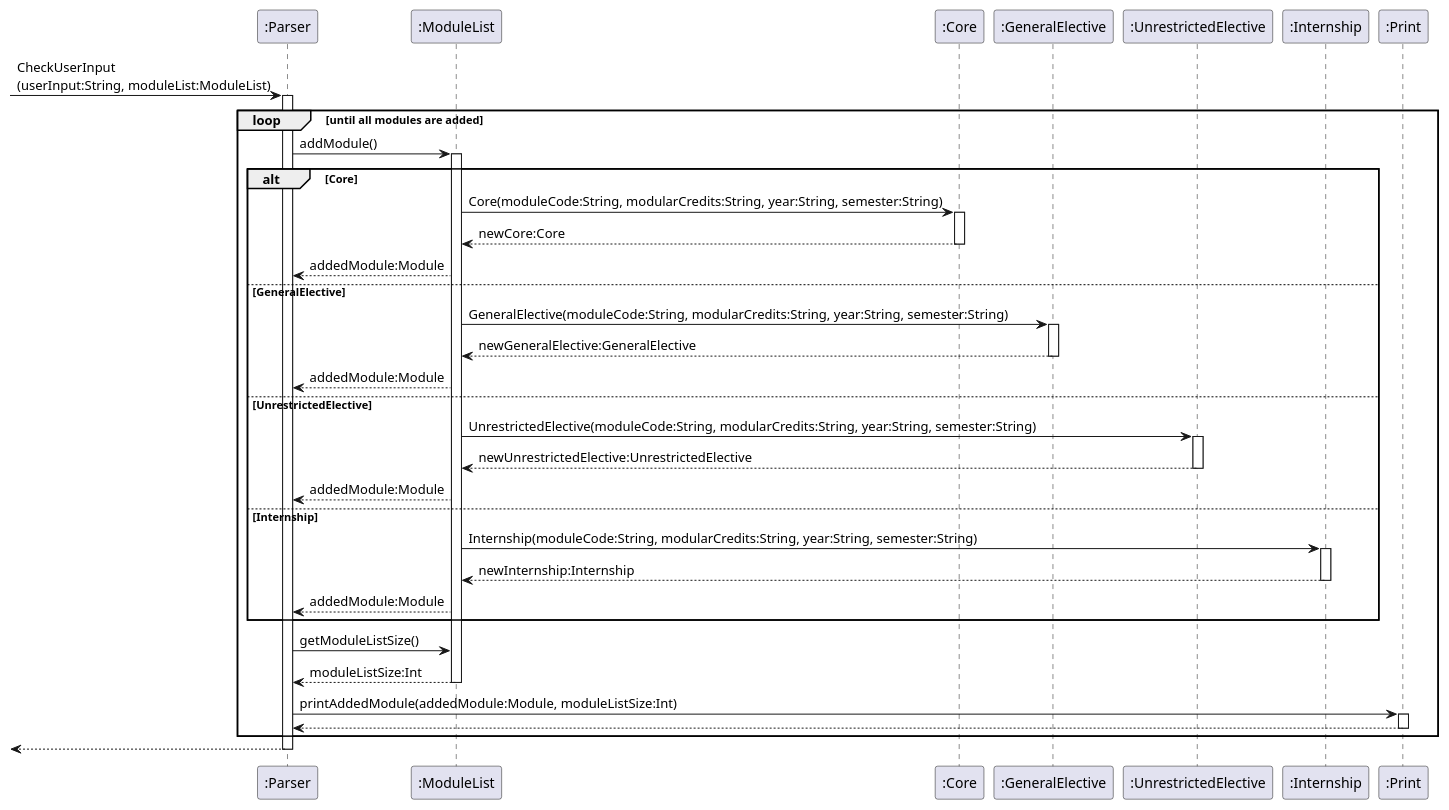
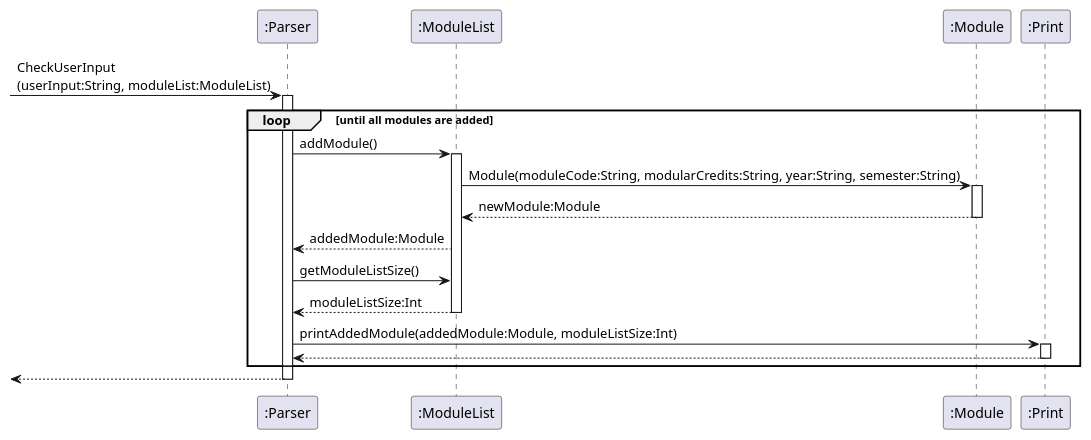
The diagram in docs/diagrams/AddInputCommand.puml (saintzaw/tp), drawn with PlantUML before and after one commit. The commit also changed 8 other files, not shown here.

Commit message:
Updated DG diagram as per Vish's comments for add command. Included more javadocs and junit testing.

```diff
--- a/docs/diagrams/AddInputCommand.puml
+++ b/docs/diagrams/AddInputCommand.puml
@@ -1,54 +1,32 @@
 @startuml
 'https://plantuml.com/sequence-diagram
 
 participant ":Parser" as Parser
 participant ":ModuleList" as ML
-participant ":Core" as Core
-participant ":GeneralElective" as GE
-participant ":UnrestrictedElective" as UE
-participant ":Internship" as Internship
+participant ":Module" as Module
 participant ":Print" as Print
 [->Parser : CheckUserInput\n(userInput:String, moduleList:ModuleList)
 activate Parser
 
 
 loop until all modules are added
     Parser->ML: addModule()
     activate ML
-    alt Core
-        ML->Core: Core(moduleCode:String, modularCredits:String, year:String, semester:String)
-        activate Core
-        Core-->ML: newCore:Core
-        deactivate Core
+        ML->Module: Module(moduleCode:String, modularCredits:String, year:String, semester:String)
+        activate Module
+        Module-->ML: newModule:Module
+        deactivate Module
         ML-->Parser: addedModule:Module
-    else GeneralElective
-        ML->GE: GeneralElective(moduleCode:String, modularCredits:String, year:String, semester:String)
-        activate GE
-        GE-->ML: newGeneralElective:GeneralElective
-        deactivate GE
-        ML-->Parser: addedModule:Module
-    else UnrestrictedElective
-        ML->UE: UnrestrictedElective(moduleCode:String, modularCredits:String, year:String, semester:String)
-        activate UE
-        UE-->ML: newUnrestrictedElective:UnrestrictedElective
-        deactivate UE
-        ML-->Parser: addedModule:Module
-    else Internship
-        ML->Internship: Internship(moduleCode:String, modularCredits:String, year:String, semester:String)
-        activate Internship
-        Internship-->ML: newInternship:Internship
-        deactivate Internship
-        ML-->Parser: addedModule:Module
-    end
+
     Parser->ML: getModuleListSize()
     ML-->Parser: moduleListSize:Int
     deactivate ML
     Parser->Print: printAddedModule(addedModule:Module, moduleListSize:Int)
     activate Print
     Print-->Parser:
     deactivate Print
 end
 Parser-->[
 deactivate Parser
 
 @enduml
```
